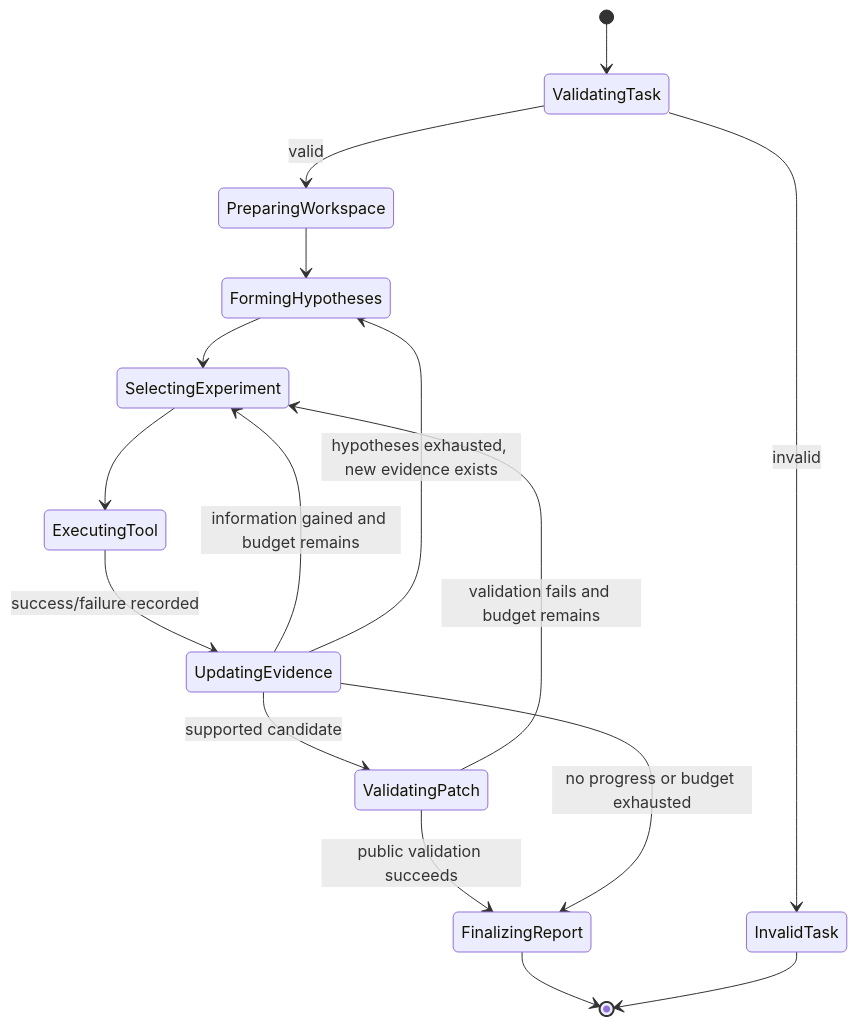
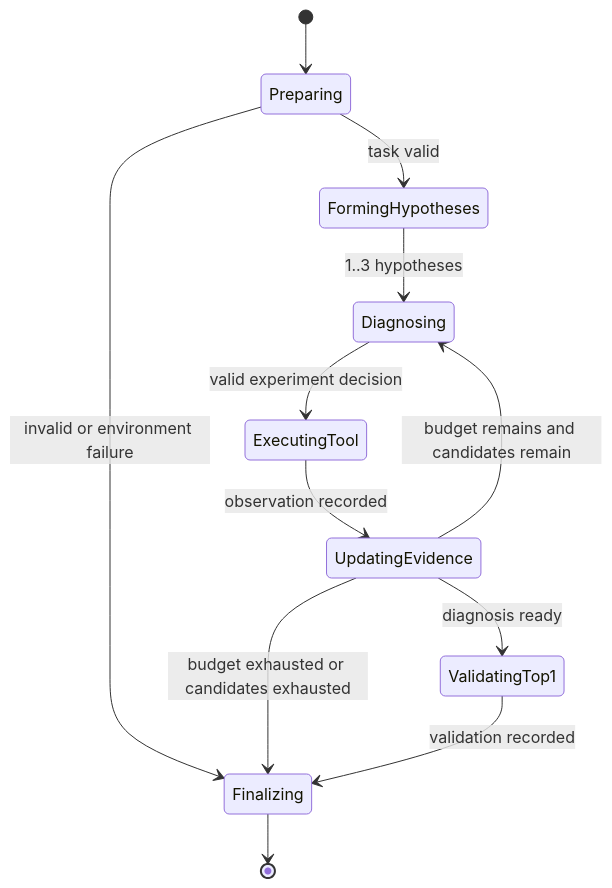
The second of 2 diagrams in docs/design.md (N1rv2na/CodeRCA-agent), drawn with Mermaid before and after one commit. The commit also changed other lines of this file and 16 other files, not shown here.

````diff
--- a/docs/design.md
+++ b/docs/design.md
@@ -176,18 +178,14 @@
 ```mermaid
 stateDiagram-v2
-    [*] --> ValidatingTask
-    ValidatingTask --> PreparingWorkspace: valid
-    ValidatingTask --> InvalidTask: invalid
-    PreparingWorkspace --> FormingHypotheses
-    FormingHypotheses --> SelectingExperiment
-    SelectingExperiment --> ExecutingTool
-    ExecutingTool --> UpdatingEvidence: success/failure recorded
-    UpdatingEvidence --> SelectingExperiment: information gained and budget remains
-    UpdatingEvidence --> FormingHypotheses: hypotheses exhausted, new evidence exists
-    UpdatingEvidence --> ValidatingPatch: supported candidate
-    ValidatingPatch --> FinalizingReport: public validation succeeds
-    ValidatingPatch --> SelectingExperiment: validation fails and budget remains
-    UpdatingEvidence --> FinalizingReport: no progress or budget exhausted
-    FinalizingReport --> [*]
-    InvalidTask --> [*]
+    [*] --> Preparing
+    Preparing --> FormingHypotheses: task valid
+    Preparing --> Finalizing: invalid or environment failure
+    FormingHypotheses --> Diagnosing: 1..3 hypotheses
+    Diagnosing --> ExecutingTool: valid experiment decision
+    ExecutingTool --> UpdatingEvidence: observation recorded
+    UpdatingEvidence --> Diagnosing: budget remains and candidates remain
+    UpdatingEvidence --> ValidatingTop1: diagnosis ready
+    UpdatingEvidence --> Finalizing: budget exhausted or candidates exhausted
+    ValidatingTop1 --> Finalizing: validation recorded
+    Finalizing --> [*]
 ```
````
